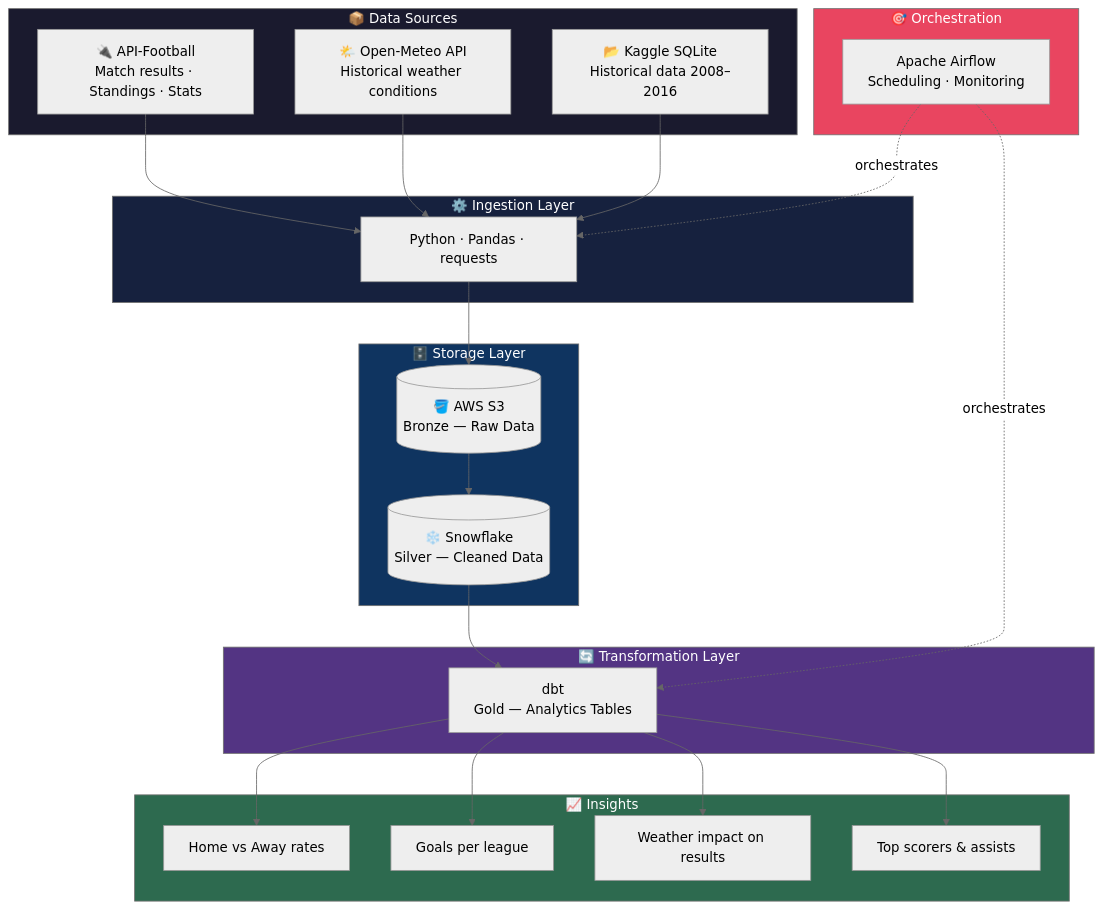
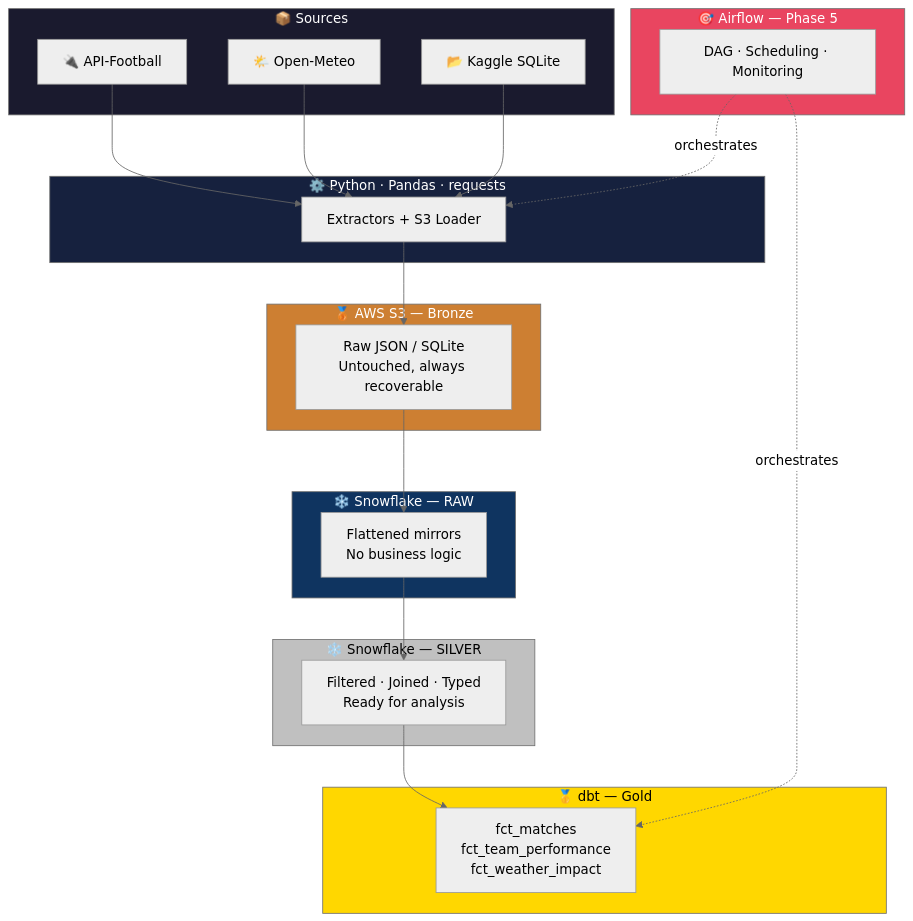
One commit to Elie-dev25/European-Football changed the first of 3 diagrams in README.md. Above: the diagram before and after it, drawn with Mermaid (neutral theme). The commit also changed other lines of this file and 1 other file, not shown here.

Commit message:
docs: mise à jour README (Silver complet, 196 tests) et TECH_DEBT (bugs timestamps, logging, TABLES_CONFIG)

````diff
--- a/README.md
+++ b/README.md
@@ -88,52 +105,50 @@
 ```mermaid
 flowchart TD
-    subgraph Sources["📦 Data Sources"]
-        A[🔌 API-Football\nMatch results · Standings · Stats]
-        B[🌤️ Open-Meteo API\nHistorical weather conditions]
-        C[📂 Kaggle SQLite\nHistorical data 2008–2016]
+    subgraph Sources["📦 Sources"]
+        A[🔌 API-Football]
+        B[🌤️ Open-Meteo]
+        C[📂 Kaggle SQLite]
     end
 
-    subgraph Ingestion["⚙️ Ingestion Layer"]
-        D[Python · Pandas · requests]
+    subgraph Ingestion["⚙️ Python · Pandas · requests"]
+        D[Extractors + S3 Loader]
     end
 
-    subgraph Storage["🗄️ Storage Layer"]
-        E[(🪣 AWS S3\nBronze — Raw Data)]
-        F[(❄️ Snowflake\nSilver — Cleaned Data)]
+    subgraph Bronze["🥉 AWS S3 — Bronze"]
+        E[Raw JSON / SQLite\nUntouched, always recoverable]
     end
 
-    subgraph Transformation["🔄 Transformation Layer"]
-        G[dbt\nGold — Analytics Tables]
+    subgraph Raw["❄️ Snowflake — RAW"]
+        F[Flattened mirrors\nNo business logic]
     end
 
-    subgraph Orchestration["🎯 Orchestration"]
-        H[Apache Airflow\nScheduling · Monitoring]
+    subgraph Silver["❄️ Snowflake — SILVER"]
+        G[Filtered · Joined · Typed\nReady for analysis]
     end
 
-    subgraph Insights["📈 Insights"]
-        I[Home vs Away rates]
-        J[Goals per league]
-        K[Weather impact on results]
-        L[Top scorers & assists]
+    subgraph Gold["🥇 dbt — Gold"]
+        H[fct_matches\nfct_team_performance\nfct_weather_impact]
+    end
+
+    subgraph Orchestration["🎯 Airflow — Phase 5"]
+        I[DAG · Scheduling · Monitoring]
     end
 
     A --> D
     B --> D
     C --> D
     D --> E
     E --> F
     F --> G
-    G --> I
-    G --> J
-    G --> K
-    G --> L
-    H -.->|orchestrates| D
-    H -.->|orchestrates| G
+    G --> H
+    I -.->|orchestrates| D
+    I -.->|orchestrates| H
 
     style Sources fill:#1a1a2e,color:#fff
     style Ingestion fill:#16213e,color:#fff
-    style Storage fill:#0f3460,color:#fff
-    style Transformation fill:#533483,color:#fff
+    style Bronze fill:#cd7f32,color:#fff
+    style Raw fill:#0f3460,color:#fff
+    style Silver fill:#c0c0c0,color:#000
+    style Gold fill:#ffd700,color:#000
     style Orchestration fill:#e94560,color:#fff
-    style Insights fill:#2d6a4f,color:#fff
 ```
````
